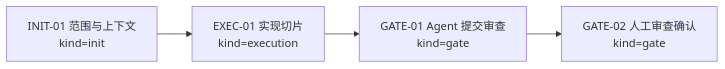
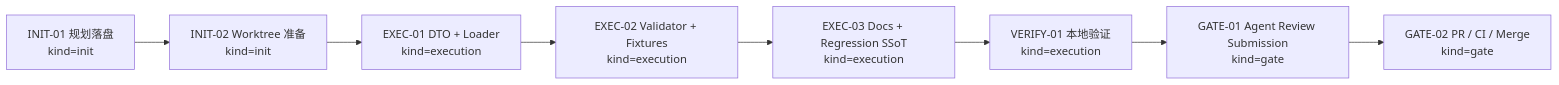
Before and after one commit to LnYo-Cly/ai4j: the first of 2 diagrams in coding-agent-harness/planning/modules/agent-runtime/tasks/2026-06-20-p1-a-agent-blueprint-schema-model-loader-validat-b05250a0/visual_map.md, drawn with Mermaid. The commit also changed other lines of this file and 8 other files, not shown here.

Commit message:
docs(harness): plan agent blueprint loader task

````diff
--- a/coding-agent-harness/planning/modules/agent-runtime/tasks/2026-06-20-p1-a-agent-blueprint-schema-model-loader-validat-b05250a0/visual_map.md
+++ b/coding-agent-harness/planning/modules/agent-runtime/tasks/2026-06-20-p1-a-agent-blueprint-schema-model-loader-validat-b05250a0/visual_map.md
@@ -15,6 +16,18 @@
 ```mermaid
 flowchart LR
-  INIT01["INIT-01 范围与上下文\nkind=init"] --> EXEC01["EXEC-01 实现切片\nkind=execution"]
-  EXEC01 --> GATE01["GATE-01 Agent 提交审查\nkind=gate"]
-  GATE01 --> GATE02["GATE-02 人工审查确认\nkind=gate"]
+  INIT01["INIT-01 规划落盘
+kind=init"] --> INIT02["INIT-02 Worktree 准备
+kind=init"]
+  INIT02 --> EXEC01["EXEC-01 DTO + Loader
+kind=execution"]
+  EXEC01 --> EXEC02["EXEC-02 Validator + Fixtures
+kind=execution"]
+  EXEC02 --> EXEC03["EXEC-03 Docs + Regression SSoT
+kind=execution"]
+  EXEC03 --> VERIFY01["VERIFY-01 本地验证
+kind=execution"]
+  VERIFY01 --> GATE01["GATE-01 Agent Review Submission
+kind=gate"]
+  GATE01 --> GATE02["GATE-02 PR / CI / Merge
+kind=gate"]
 ```
````
